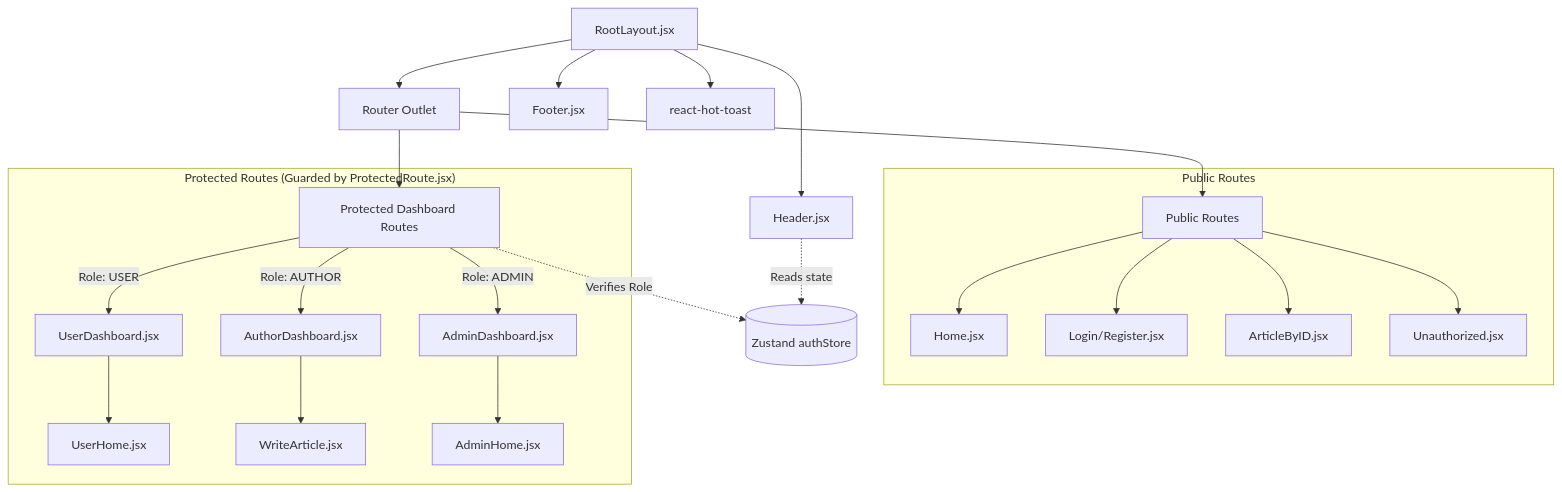
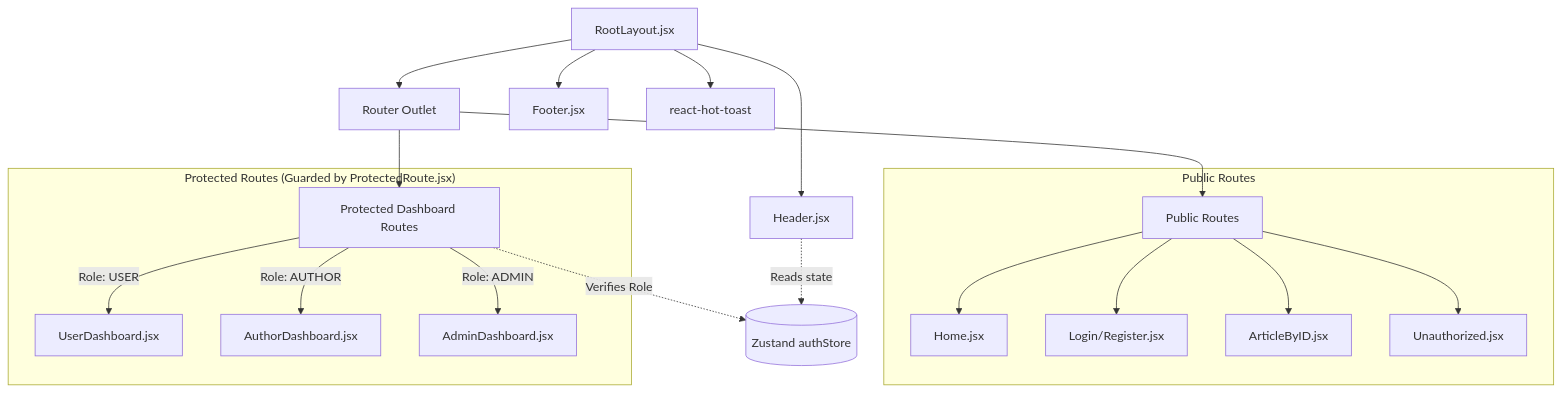
Before and after one commit to Akhila-1703/blog-app: the diagram in frontend/README.md, drawn with Mermaid. The commit also changed other lines of this file and 2 other files, not shown here.

````diff
--- a/frontend/README.md
+++ b/frontend/README.md
@@ -22,30 +22,26 @@
 ```mermaid
 graph TD
     Root[RootLayout.jsx] --> Header[Header.jsx]
     Root --> Outlet[Router Outlet]
     Root --> Footer[Footer.jsx]
     Root --> Toaster[react-hot-toast]
 
     Outlet --> Public["Public Routes"]
     Outlet --> Protected["Protected Dashboard Routes"]
 
     subgraph PublicRoutes ["Public Routes"]
         Public --> Home[Home.jsx]
         Public --> Auth["Login/Register.jsx"]
         Public --> Article[ArticleByID.jsx]
         Public --> Unauth[Unauthorized.jsx]
     end
 
     subgraph ProtectedRoutes ["Protected Routes (Guarded by ProtectedRoute.jsx)"]
         Protected -->|"Role: USER"| UserDash[UserDashboard.jsx]
         Protected -->|"Role: AUTHOR"| AuthorDash[AuthorDashboard.jsx]
         Protected -->|"Role: ADMIN"| AdminDash[AdminDashboard.jsx]
-        
-        UserDash --> UHome[UserHome.jsx]
-        AuthorDash --> Write[WriteArticle.jsx]
-        AdminDash --> AHome[AdminHome.jsx]
     end
 
     Header -.->|"Reads state"| Zustand[("Zustand authStore")]
     Protected -.->|"Verifies Role"| Zustand
 ```
````
